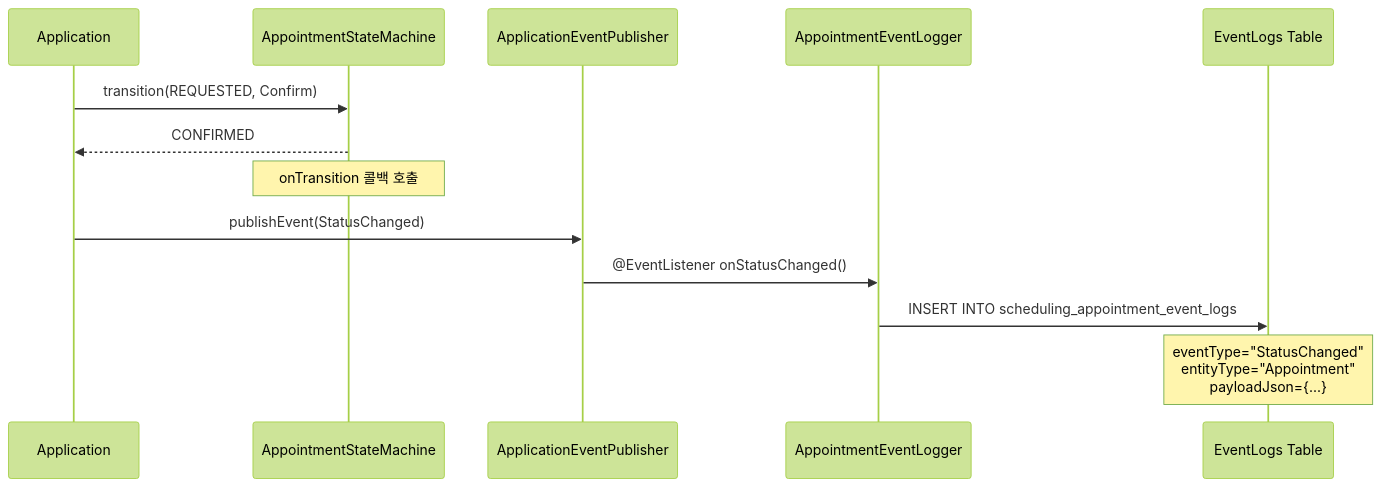
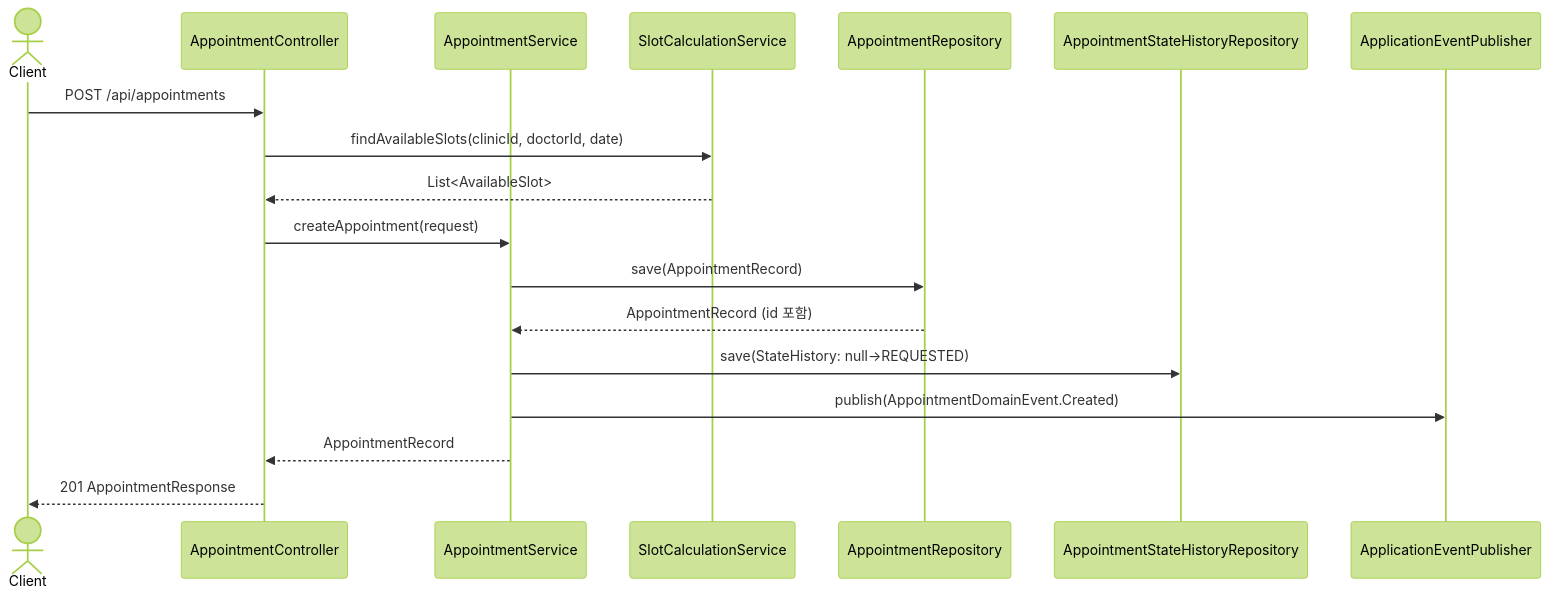
One commit to bluetape4k/bluetape4k-experimental changed the fourth of 4 diagrams in scheduling/README.md. Above: the diagram before and after it, drawn with Mermaid (forest theme). The commit also changed other lines of this file and 87 other files, not shown here.

First line of the commit message:
feat(scheduling): appointment-* 모듈 전면 개선

````diff
--- a/scheduling/README.md
+++ b/scheduling/README.md
@@ -582,18 +386,21 @@
 ```mermaid
 sequenceDiagram
-    participant App as Application
-    participant SM as AppointmentStateMachine
-    participant Pub as ApplicationEventPublisher
-    participant Logger as AppointmentEventLogger
-    participant DB as EventLogs Table
+    actor Client
+    participant Controller as AppointmentController
+    participant Service as AppointmentService
+    participant SlotSvc as SlotCalculationService
+    participant Repo as AppointmentRepository
+    participant HistRepo as AppointmentStateHistoryRepository
+    participant EventPub as ApplicationEventPublisher
 
-    App->>SM: transition(REQUESTED, Confirm)
-    SM-->>App: CONFIRMED
-    Note over SM: onTransition 콜백 호출
-
-    App->>Pub: publishEvent(StatusChanged)
-
-    Pub->>Logger: @EventListener onStatusChanged()
-    Logger->>DB: INSERT INTO scheduling_appointment_event_logs
-    Note over DB: eventType="StatusChanged"<br/>entityType="Appointment"<br/>payloadJson={...}
+    Client->>Controller: POST /api/appointments
+    Controller->>SlotSvc: findAvailableSlots(clinicId, doctorId, date)
+    SlotSvc-->>Controller: List<AvailableSlot>
+    Controller->>Service: createAppointment(request)
+    Service->>Repo: save(AppointmentRecord)
+    Repo-->>Service: AppointmentRecord (id 포함)
+    Service->>HistRepo: save(StateHistory: null→REQUESTED)
+    Service->>EventPub: publish(AppointmentDomainEvent.Created)
+    Service-->>Controller: AppointmentRecord
+    Controller-->>Client: 201 AppointmentResponse
 ```
````
